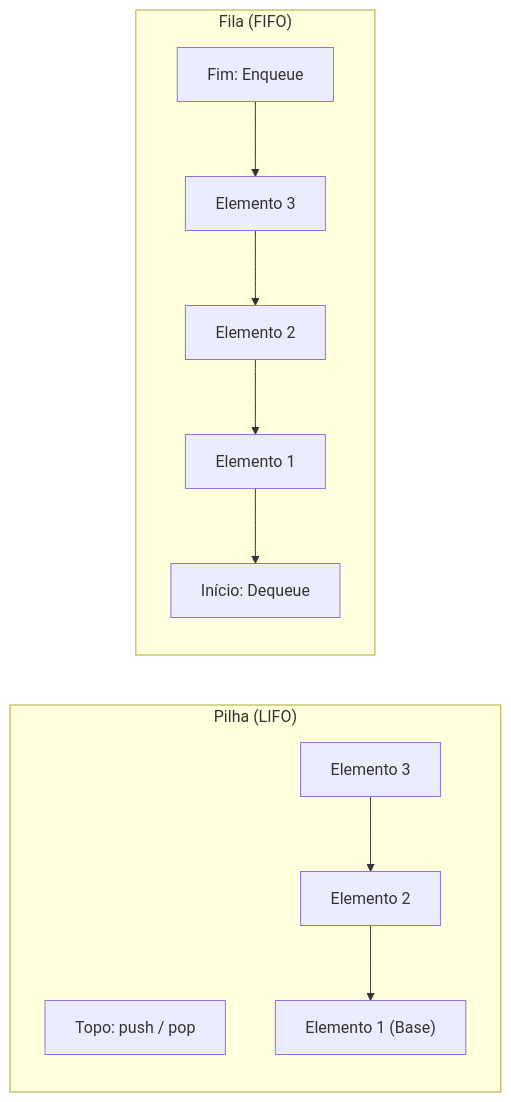
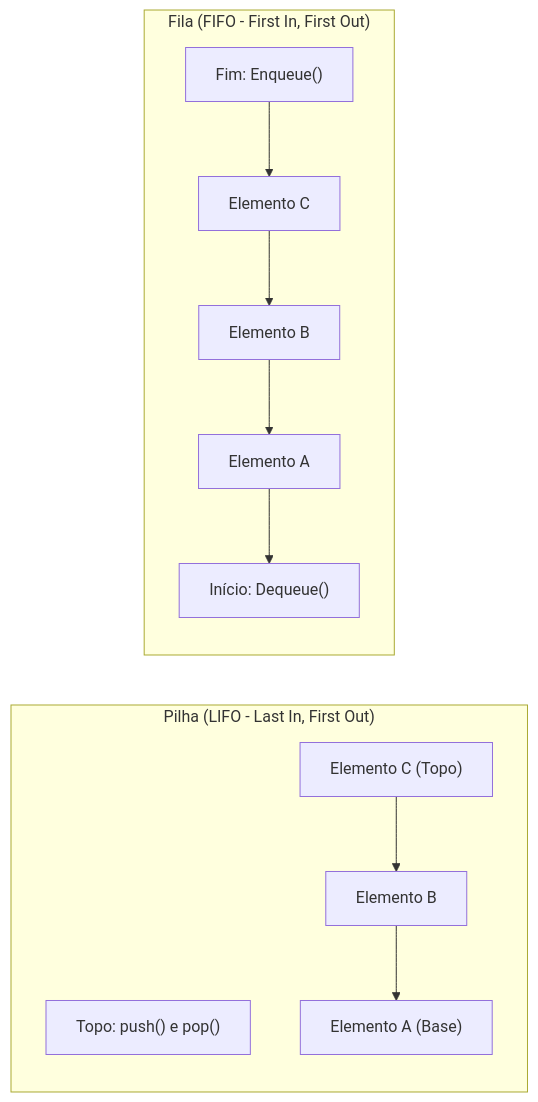
One commit to thiagosantos346/TCE-GO-2027 changed the second of 4 diagrams in fontes_de_estudo/conhecimentos_especificos_b02_ti/05_desenvolvimento_de_sistemas/01_algoritmos_estruturas_de_dados_e_paradigmas.md. Above: the diagram before and after it, drawn with Mermaid. The commit also changed other lines of this file and 119 other files, not shown here.

````diff
--- a/fontes_de_estudo/conhecimentos_especificos_b02_ti/05_desenvolvimento_de_sistemas/01_algoritmos_estruturas_de_dados_e_paradigmas.md
+++ b/fontes_de_estudo/conhecimentos_especificos_b02_ti/05_desenvolvimento_de_sistemas/01_algoritmos_estruturas_de_dados_e_paradigmas.md
@@ -109,10 +100,10 @@
 ```mermaid
 flowchart LR
-    subgraph Pilha["Pilha (LIFO)"]
-        P_Top["Topo: push / pop"]
-        P_1["Elemento 3"] --> P_2["Elemento 2"] --> P_3["Elemento 1 (Base)"]
+    subgraph Pilha["Pilha (LIFO - Last In, First Out)"]
+        P_Top["Topo: push() e pop()"]
+        P_1["Elemento C (Topo)"] --> P_2["Elemento B"] --> P_3["Elemento A (Base)"]
     end
-    subgraph Fila["Fila (FIFO)"]
-        F_In["Fim: Enqueue"] --> F_3["Elemento 3"] --> F_2["Elemento 2"] --> F_1["Elemento 1"] --> F_Out["Início: Dequeue"]
+    subgraph Fila["Fila (FIFO - First In, First Out)"]
+        F_In["Fim: Enqueue()"] --> F_3["Elemento C"] --> F_2["Elemento B"] --> F_1["Elemento A"] --> F_Out["Início: Dequeue()"]
     end
 ```
````
